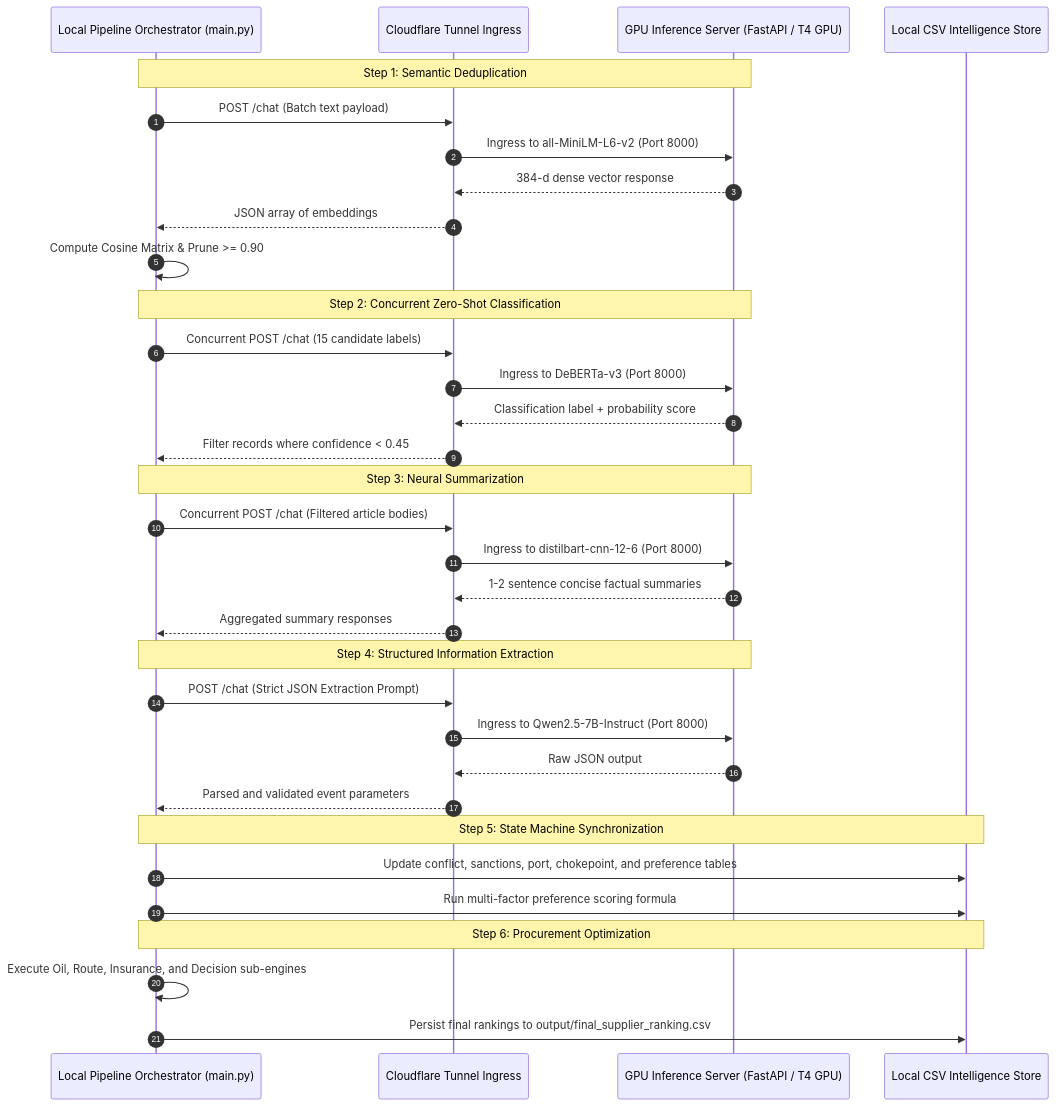
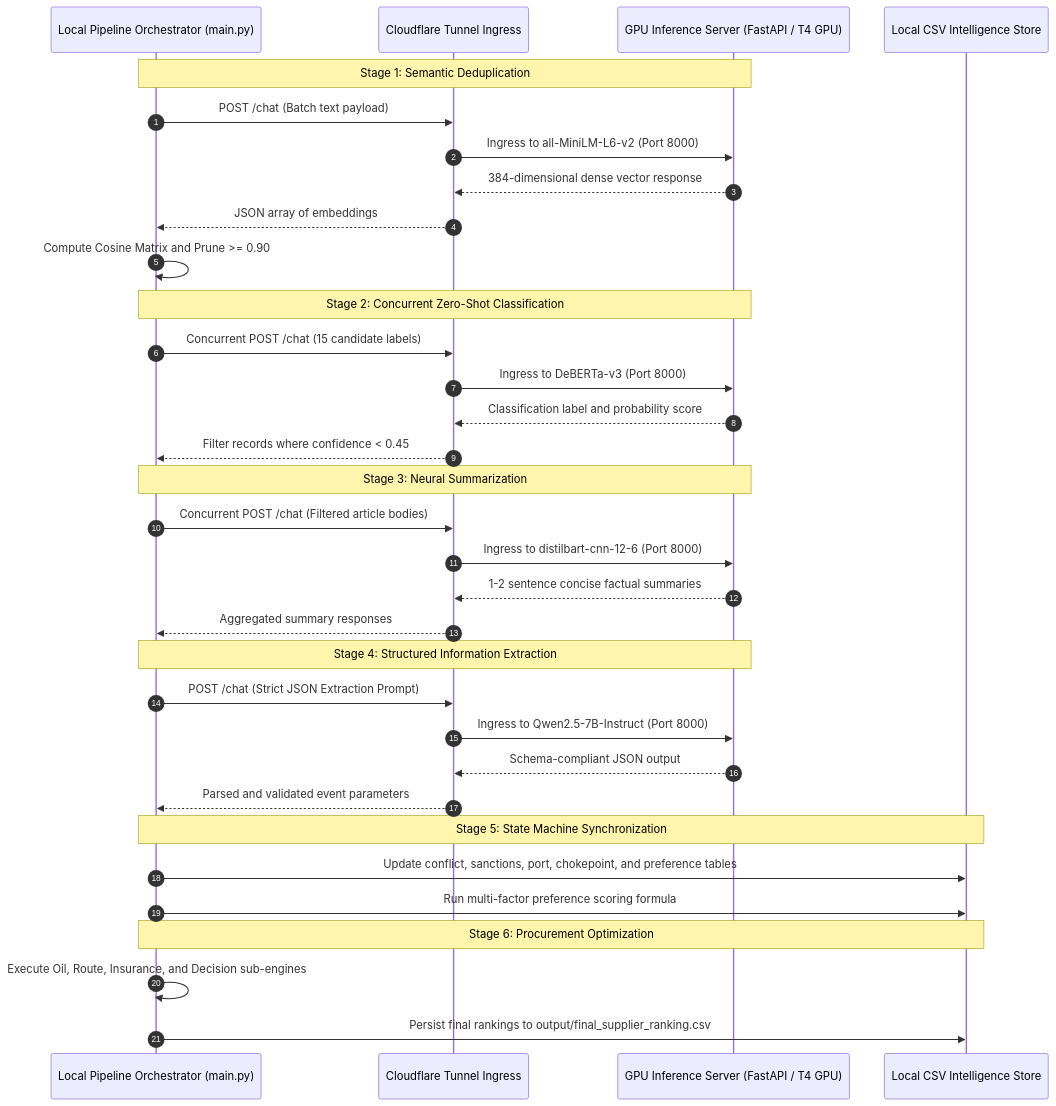
One commit to kajaredhruv433/AI-Driven-Energy-Supply-Chain-Resilience changed the second of 6 diagrams in ARCHITECTURE.md. Above: the diagram before and after it, drawn with Mermaid. The commit also changed other lines of this file and 1 other file, not shown here.

Commit message:
docs: comprehensive documentation update for README and ARCHITECTURE

````diff
--- a/ARCHITECTURE.md
+++ b/ARCHITECTURE.md
@@ -91,41 +112,41 @@
 ```mermaid
 sequenceDiagram
     autonumber
     participant Local as Local Pipeline Orchestrator (main.py)
     participant Cloudflare as Cloudflare Tunnel Ingress
     participant Colab as GPU Inference Server (FastAPI / T4 GPU)
     participant LocalDB as Local CSV Intelligence Store
 
-    Note over Local,Colab: Step 1: Semantic Deduplication
+    Note over Local,Colab: Stage 1: Semantic Deduplication
     Local->>Cloudflare: POST /chat (Batch text payload)
     Cloudflare->>Colab: Ingress to all-MiniLM-L6-v2 (Port 8000)
-    Colab-->>Cloudflare: 384-d dense vector response
+    Colab-->>Cloudflare: 384-dimensional dense vector response
     Cloudflare-->>Local: JSON array of embeddings
-    Local->>Local: Compute Cosine Matrix & Prune >= 0.90
+    Local->>Local: Compute Cosine Matrix and Prune >= 0.90
 
-    Note over Local,Colab: Step 2: Concurrent Zero-Shot Classification
+    Note over Local,Colab: Stage 2: Concurrent Zero-Shot Classification
     Local->>Cloudflare: Concurrent POST /chat (15 candidate labels)
     Cloudflare->>Colab: Ingress to DeBERTa-v3 (Port 8000)
-    Colab-->>Cloudflare: Classification label + probability score
+    Colab-->>Cloudflare: Classification label and probability score
     Cloudflare-->>Local: Filter records where confidence < 0.45
 
-    Note over Local,Colab: Step 3: Neural Summarization
+    Note over Local,Colab: Stage 3: Neural Summarization
     Local->>Cloudflare: Concurrent POST /chat (Filtered article bodies)
     Cloudflare->>Colab: Ingress to distilbart-cnn-12-6 (Port 8000)
     Colab-->>Cloudflare: 1-2 sentence concise factual summaries
     Cloudflare-->>Local: Aggregated summary responses
 
-    Note over Local,Colab: Step 4: Structured Information Extraction
+    Note over Local,Colab: Stage 4: Structured Information Extraction
     Local->>Cloudflare: POST /chat (Strict JSON Extraction Prompt)
     Cloudflare->>Colab: Ingress to Qwen2.5-7B-Instruct (Port 8000)
-    Colab-->>Cloudflare: Raw JSON output
+    Colab-->>Cloudflare: Schema-compliant JSON output
     Cloudflare-->>Local: Parsed and validated event parameters
 
-    Note over Local,LocalDB: Step 5: State Machine Synchronization
+    Note over Local,LocalDB: Stage 5: State Machine Synchronization
     Local->>LocalDB: Update conflict, sanctions, port, chokepoint, and preference tables
     Local->>LocalDB: Run multi-factor preference scoring formula
 
-    Note over Local,LocalDB: Step 6: Procurement Optimization
+    Note over Local,LocalDB: Stage 6: Procurement Optimization
     Local->>Local: Execute Oil, Route, Insurance, and Decision sub-engines
     Local->>LocalDB: Persist final rankings to output/final_supplier_ranking.csv
 ```
````
